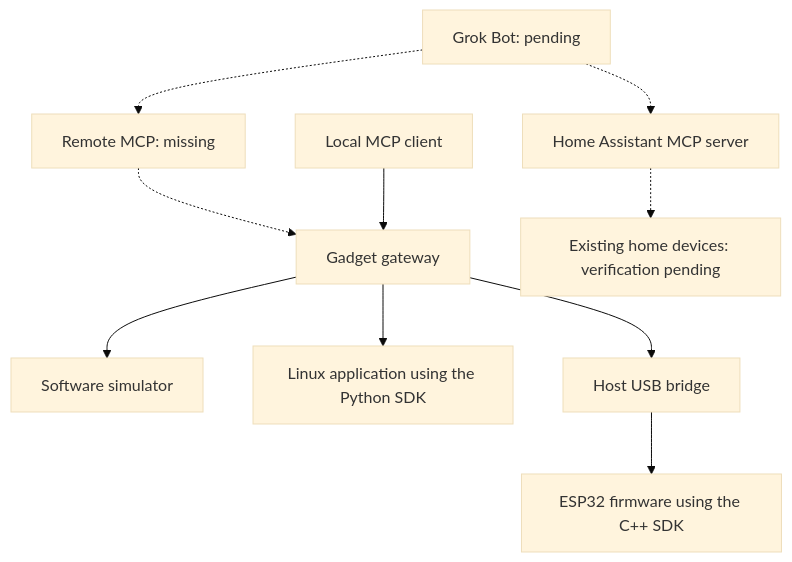
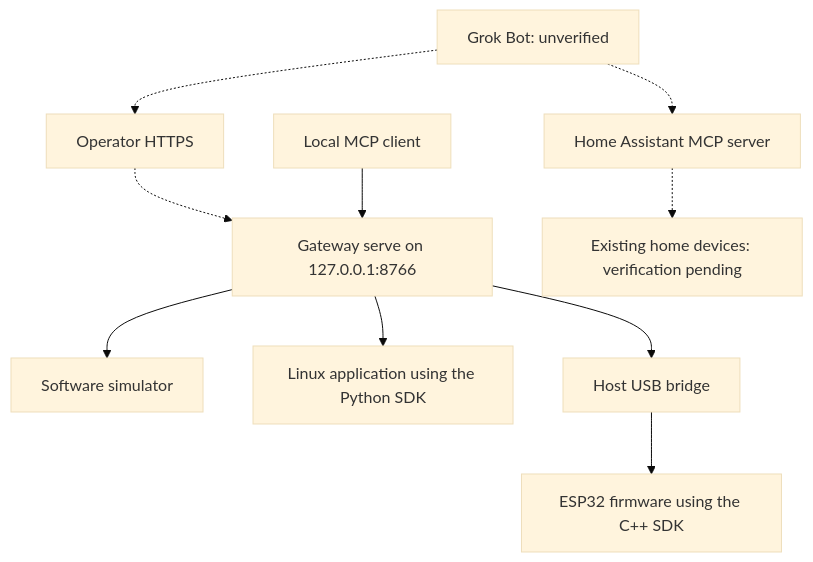
Before and after one commit to adidshaft/grok-gadgets: the first of 2 diagrams in docs/architecture/overview.md, drawn with Mermaid (base theme). The commit also changed other lines of this file and 34 other files, not shown here.

````diff
--- a/docs/architecture/overview.md
+++ b/docs/architecture/overview.md
@@ -15,12 +15,12 @@
 ```mermaid
 flowchart TD
-    G["Grok Bot: pending"] -.-> R["Remote MCP: missing"]
-    R -.-> W["Gadget gateway"]
+    G["Grok Bot: unverified"] -.-> T["Operator HTTPS"]
+    T -.-> W["Gateway serve on 127.0.0.1:8766"]
     C["Local MCP client"] --> W
     W --> S["Software simulator"]
     W --> L["Linux application using the Python SDK"]
     W --> U["Host USB bridge"]
     U --> E["ESP32 firmware using the C++ SDK"]
     G -.-> H["Home Assistant MCP server"]
     H -.-> D["Existing home devices: verification pending"]
 ```
````
